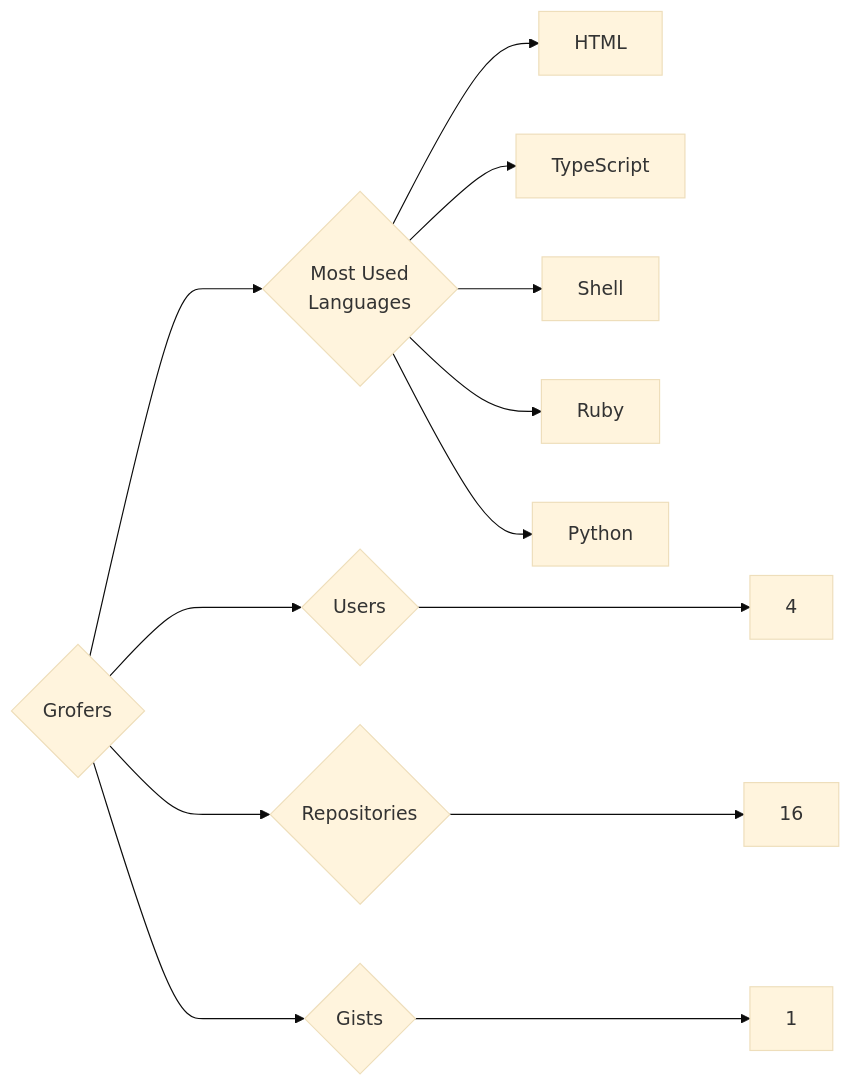
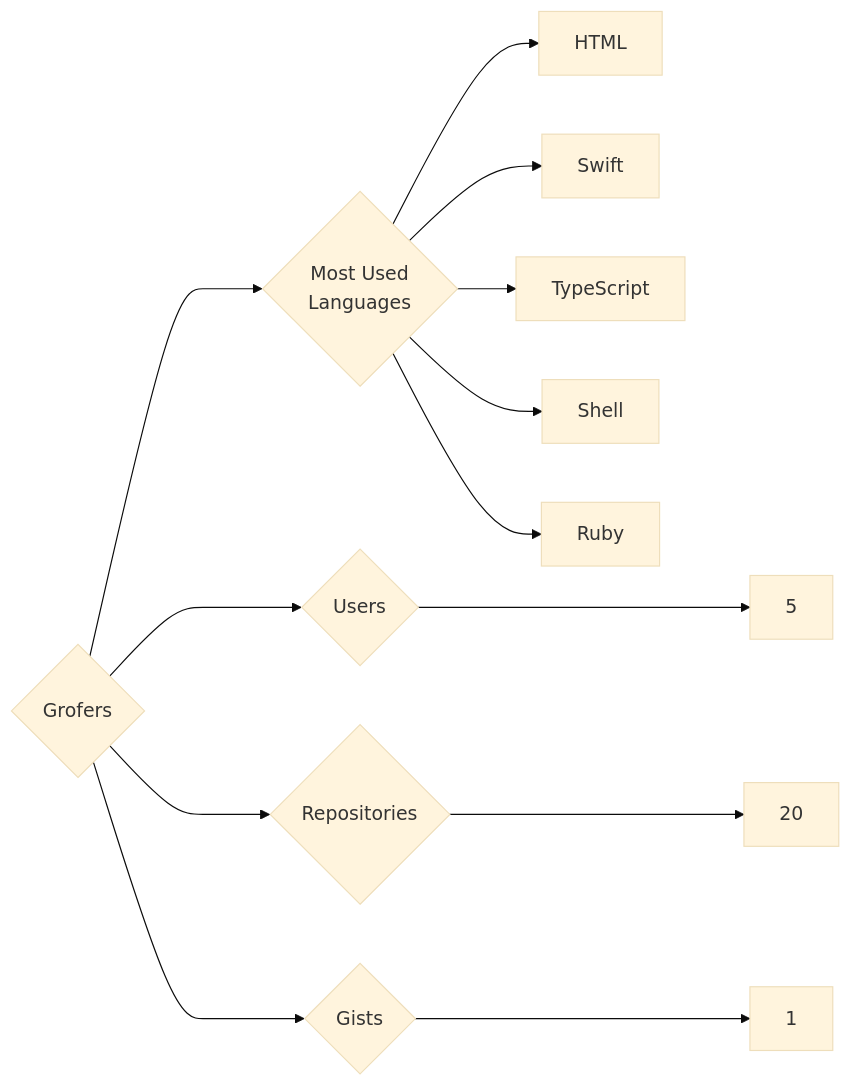
One commit to trickest/insiders changed the diagram in targets/Grofers/README.md. Above: the diagram before and after it, drawn with Mermaid (base theme). The commit also changed 724 other files, not shown here.

````diff
--- a/targets/Grofers/README.md
+++ b/targets/Grofers/README.md
@@ -3,13 +3,13 @@
 ```mermaid
 graph LR
 COMPANY_NAME{Grofers}
-COMPANY_NAME ---> U{Users} ---> UN[4]
-COMPANY_NAME ---> R{Repositories} ---> RN[16]
+COMPANY_NAME ---> U{Users} ---> UN[5]
+COMPANY_NAME ---> R{Repositories} ---> RN[20]
 COMPANY_NAME ---> G{Gists} ---> GN[1]
 COMPANY_NAME ---> ML{Most Used<br>Languages}
 ML --> HTML[HTML]
+ML --> Swift[Swift]
 ML --> TypeScript[TypeScript]
 ML --> Shell[Shell]
 ML --> Ruby[Ruby]
-ML --> Python[Python]
 ```
````
